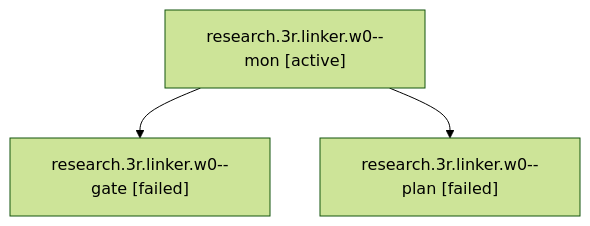
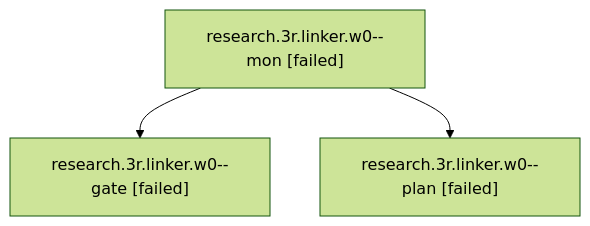
The diagram in sessions/bbugyi200.athena.research.3r.linker.w0.md (bobs-org/bob-cli--agents), drawn with Mermaid (forest theme) before and after one commit. The commit also changed other lines of this file and 262 other files, not shown here.

````diff
--- a/sessions/bbugyi200.athena.research.3r.linker.w0.md
+++ b/sessions/bbugyi200.athena.research.3r.linker.w0.md
@@ -9,8 +9,8 @@
 ```mermaid
 flowchart TD
-  n0["research.3r.linker.w0--mon [active]"]
+  n0["research.3r.linker.w0--mon [failed]"]
   n1["research.3r.linker.w0--gate [failed]"]
   n0 --> n1
   n2["research.3r.linker.w0--plan [failed]"]
   n0 --> n2
 ```
````
